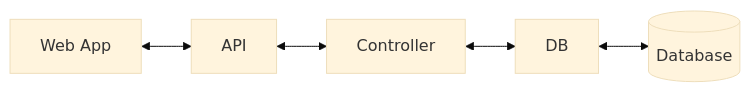
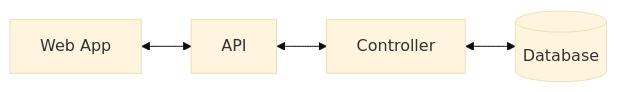
Before and after one commit to cooper-gadd/bug-tracker: the diagram in README.md, drawn with Mermaid (base theme). The commit also changed 1 other file, not shown here.

Commit message:
todos and readme

````diff
--- a/README.md
+++ b/README.md
@@ -19,7 +19,6 @@
 ```mermaid
 graph LR
     A[Web App] <--> B[API]
     B <--> C[Controller]
-    C <--> D[DB]
-    D <--> E[(Database)]
+    C <--> D[(Database)]
 ```
````
